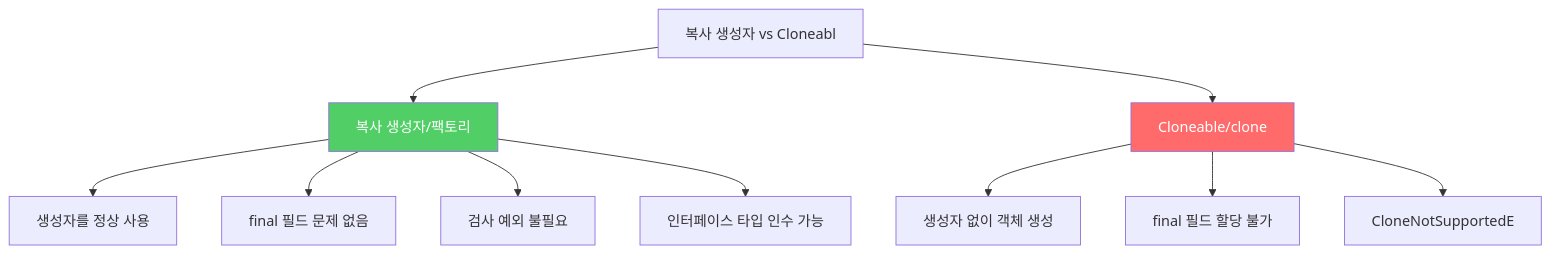
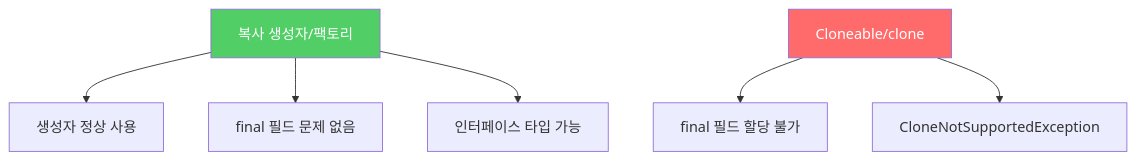
Before and after one commit to yjkim2015/yjkim2015.github.io: the third of 4 diagrams in _posts/java/2021-12-27-effective-java13.md, drawn with Mermaid. The commit also changed 155 other files, not shown here.

First line of the commit message:
Mermaid 전면 수정: subgraph 제거, participant/노드/줄수 축소 (342블록)

````diff
--- a/_posts/java/2021-12-27-effective-java13.md
+++ b/_posts/java/2021-12-27-effective-java13.md
@@ -188,14 +188,12 @@
 ```mermaid
 graph TD
-    A["복사 생성자 vs Cloneabl"] --> B["복사 생성자/팩토리"]
-    A --> C["Cloneable/clone"]
-    B --> B1["생성자를 정상 사용"]
+    B["복사 생성자/팩토리"]
+    C["Cloneable/clone"]
+    B --> B1["생성자 정상 사용"]
     B --> B2["final 필드 문제 없음"]
-    B --> B3["검사 예외 불필요"]
-    B --> B4["인터페이스 타입 인수 가능"]
-    C --> C1["생성자 없이 객체 생성"]
-    C --> C2["final 필드 할당 불가"]
-    C --> C3["CloneNotSupportedE"]
+    B --> B3["인터페이스 타입 가능"]
+    C --> C1["final 필드 할당 불가"]
+    C --> C2["CloneNotSupportedException"]
     style B fill:#51cf66,color:#fff
     style C fill:#ff6b6b,color:#fff
 ```
````
